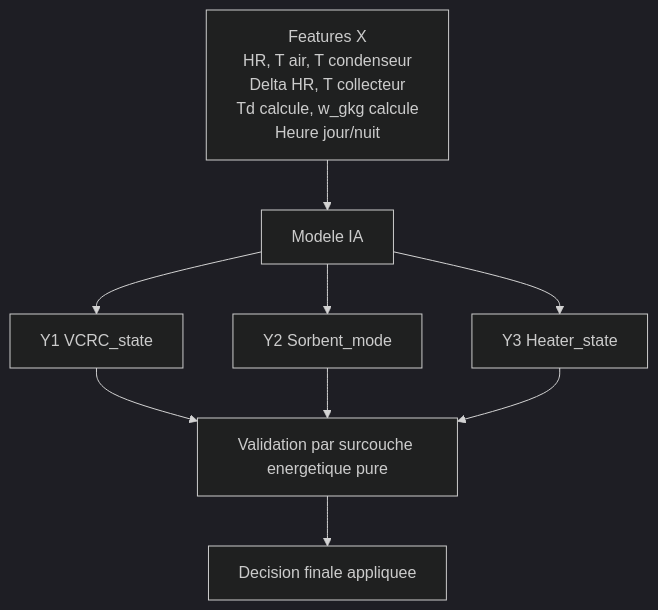
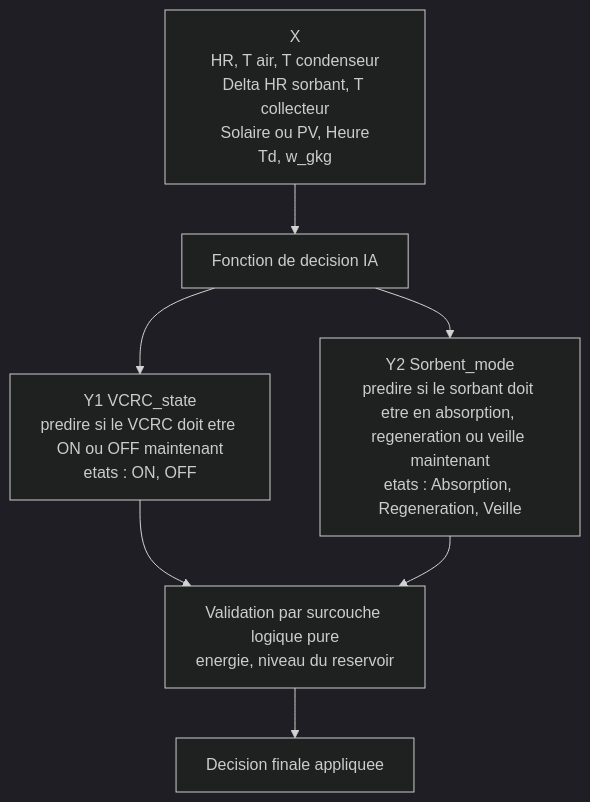
The sixth of 8 diagrams in docs/BUSINESS_RULES_DIAGRAM.md (Appolinairee/aqua-atmos-ai), drawn with Mermaid (dark theme) before and after one commit. The commit also changed other lines of this file and 17 other files, not shown here.

````diff
--- a/docs/BUSINESS_RULES_DIAGRAM.md
+++ b/docs/BUSINESS_RULES_DIAGRAM.md
@@ -59,12 +106,10 @@
 ```mermaid
 flowchart TD
-    X[Features X<br/>HR, T air, T condenseur<br/>Delta HR, T collecteur<br/>Td calcule, w_gkg calcule<br/>Heure jour/nuit] --> M[Modele IA]
-    M --> Y1[Y1 VCRC_state]
-    M --> Y2[Y2 Sorbent_mode]
-    M --> Y3[Y3 Heater_state]
+    A[X<br/>HR, T air, T condenseur<br/>Delta HR sorbant, T collecteur<br/>Solaire ou PV, Heure<br/>Td, w_gkg] --> B[Fonction de decision IA]
+    B --> C1[Y1 VCRC_state<br/>predire si le VCRC doit etre ON ou OFF maintenant<br/>etats : ON, OFF]
+    B --> C2[Y2 Sorbent_mode<br/>predire si le sorbant doit etre en absorption, regeneration ou veille maintenant<br/>etats : Absorption, Regeneration, Veille]
 
-    Y1 --> V[Validation par surcouche energetique pure]
-    Y2 --> V
-    Y3 --> V
-    V --> D[Decision finale appliquee]
+    C1 --> D[Validation par surcouche logique pure<br/>energie, niveau du reservoir]
+    C2 --> D
+    D --> E[Decision finale appliquee]
 ```
````
